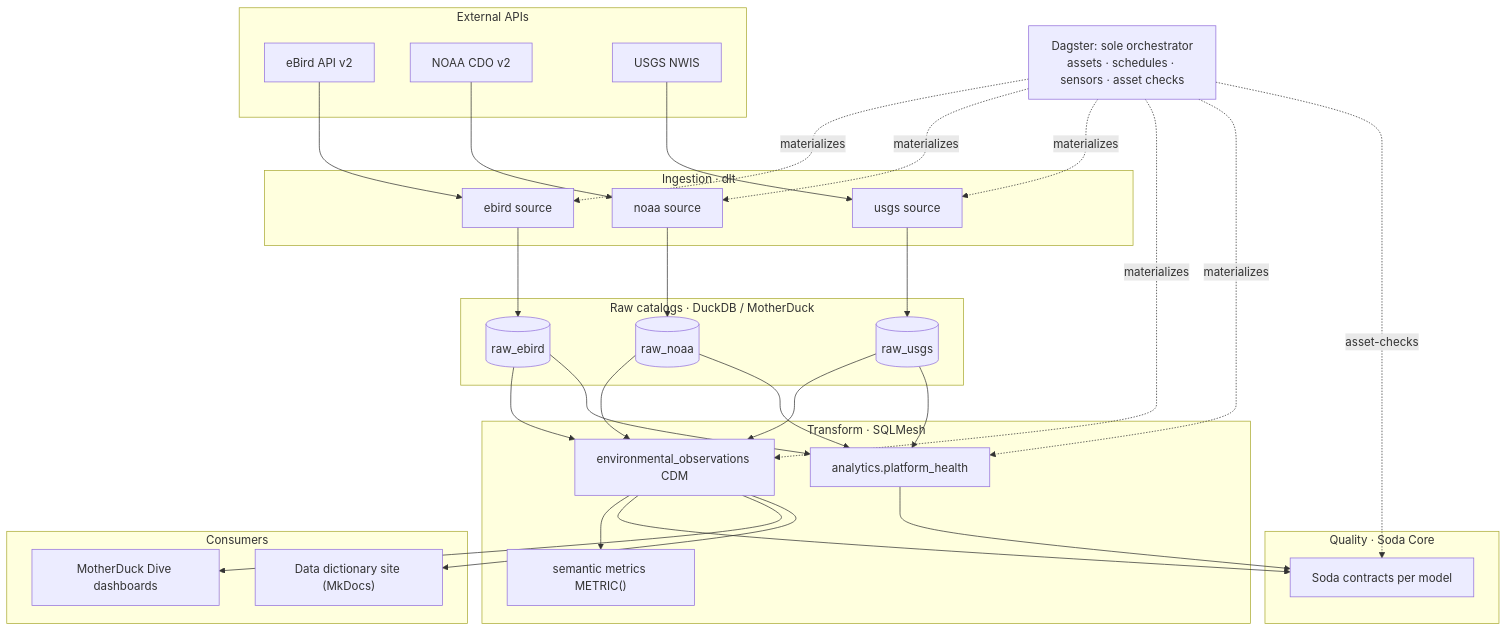
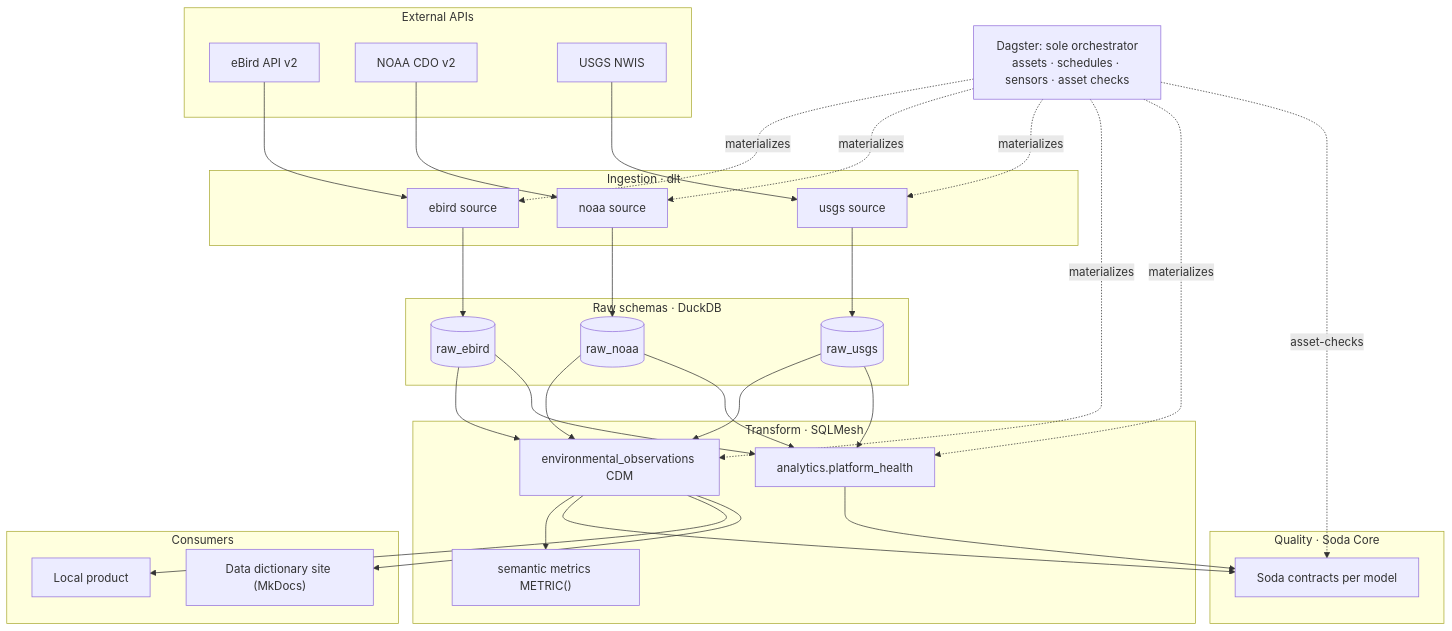
Before and after one commit to Doctacon/databox: the first of 2 diagrams in README.md, drawn with Mermaid. The commit also changed other lines of this file and 104 other files, not shown here.

````diff
--- a/README.md
+++ b/README.md
@@ -35,59 +35,59 @@
 ```mermaid
 graph TB
     subgraph External["External APIs"]
         ebird_api[eBird API v2]
         noaa_api[NOAA CDO v2]
         usgs_api[USGS NWIS]
     end
 
     subgraph Ingest["Ingestion · dlt"]
         ebird_src[ebird source]
         noaa_src[noaa source]
         usgs_src[usgs source]
     end
 
-    subgraph Raw["Raw catalogs · DuckDB / MotherDuck"]
+    subgraph Raw["Raw schemas · DuckDB"]
         raw_ebird[(raw_ebird)]
         raw_noaa[(raw_noaa)]
         raw_usgs[(raw_usgs)]
     end
 
     subgraph Transform["Transform · SQLMesh"]
         cdm["environmental_observations CDM"]
         health["analytics.platform_health"]
         metrics["semantic metrics METRIC()"]
     end
 
     subgraph Quality["Quality · Soda Core"]
         contracts["Soda contracts per model"]
     end
 
     subgraph Consumer["Consumers"]
-        dashboard["MotherDuck Dive dashboards"]
+        dashboard["Local product"]
         dict["Data dictionary site (MkDocs)"]
     end
 
     Orchestrator["Dagster: sole orchestrator<br/>assets · schedules · sensors · asset checks"]
 
     ebird_api --> ebird_src --> raw_ebird
     noaa_api --> noaa_src --> raw_noaa
     usgs_api --> usgs_src --> raw_usgs
     raw_ebird --> cdm
     raw_noaa --> cdm
     raw_usgs --> cdm
     cdm --> metrics
     cdm --> contracts
     cdm --> dashboard
     cdm --> dict
     raw_ebird --> health
     raw_noaa --> health
     raw_usgs --> health
     health --> contracts
 
     Orchestrator -.materializes.-> ebird_src
     Orchestrator -.materializes.-> noaa_src
     Orchestrator -.materializes.-> usgs_src
     Orchestrator -.materializes.-> cdm
     Orchestrator -.materializes.-> health
     Orchestrator -.asset-checks.-> contracts
 ```
````
